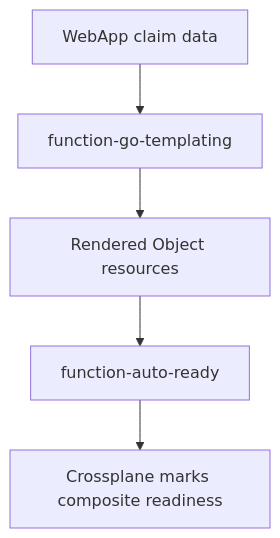
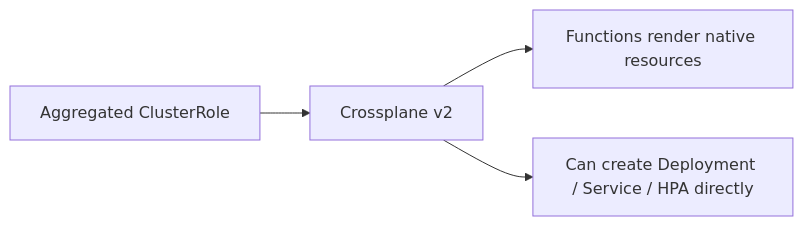
The fourth of 7 diagrams in docs/2026-04-04-crossplane-resources-explained.md (RizaSatya/homelab), drawn with Mermaid before and after one commit. The commit also changed other lines of this file and 16 other files, not shown here.

````diff
--- a/docs/2026-04-04-crossplane-resources-explained.md
+++ b/docs/2026-04-04-crossplane-resources-explained.md
@@ -256,7 +163,6 @@
 ```mermaid
-flowchart TD
-  A["WebApp claim data"] --> B["function-go-templating"]
-  B --> C["Rendered Object resources"]
-  C --> D["function-auto-ready"]
-  D --> E["Crossplane marks composite readiness"]
+flowchart LR
+  A["Crossplane v2"] --> B["Functions render native resources"]
+  C["Aggregated ClusterRole"] --> A
+  A --> D["Can create Deployment / Service / HPA directly"]
 ```
````
